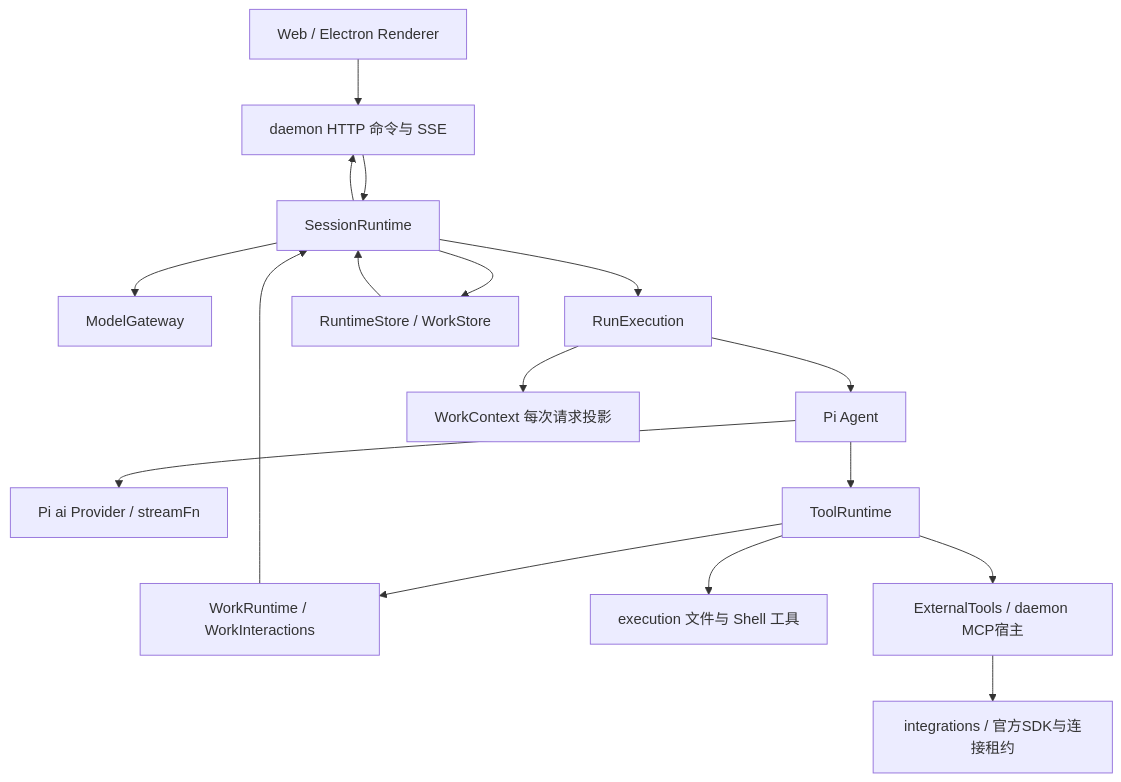
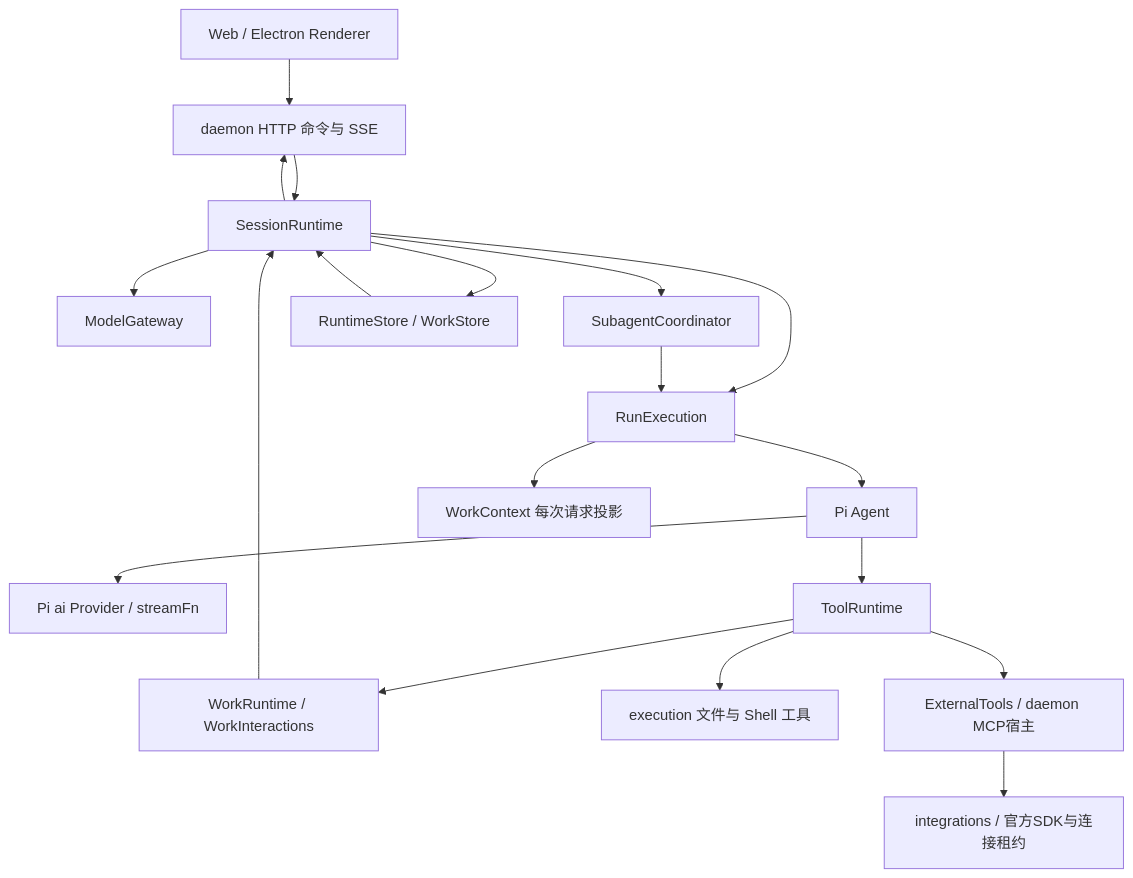
Before and after one commit to lxy980795277/my-pi-harness: the first of 3 diagrams in docs/09_TECHNICAL/Agent-Runtime.md, drawn with Mermaid. The commit also changed other lines of this file and 69 other files, not shown here.

````diff
--- a/docs/09_TECHNICAL/Agent-Runtime.md
+++ b/docs/09_TECHNICAL/Agent-Runtime.md
@@ -30,19 +30,21 @@
 ```mermaid
 flowchart TD
   Client[Web / Electron Renderer] --> API[daemon HTTP 命令与 SSE]
   API --> Session[SessionRuntime]
   Session --> Gateway[ModelGateway]
   Session --> Run[RunExecution]
+  Session --> Tasks[SubagentCoordinator]
+  Tasks --> Run
   Run --> Pi[Pi Agent]
   Pi --> Stream[Pi ai Provider / streamFn]
   Pi --> Tools[ToolRuntime]
   Tools --> Work[WorkRuntime / WorkInteractions]
   Tools --> Execution[execution 文件与 Shell 工具]
   Tools --> External[ExternalTools / daemon MCP宿主]
   External --> MCP[integrations / 官方SDK与连接租约]
   Run --> Context[WorkContext 每次请求投影]
   Session --> Store[RuntimeStore / WorkStore]
   Work --> Session
   Store --> Session
   Session --> API
 ```
````
